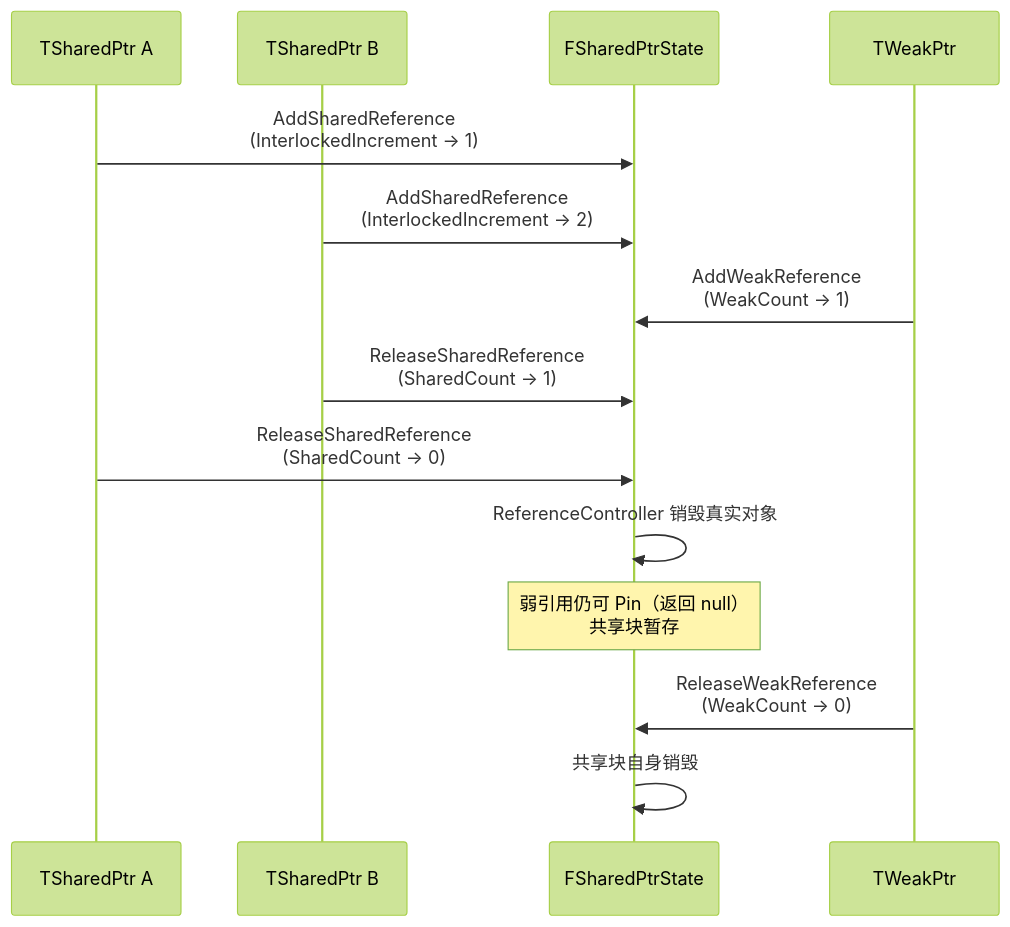
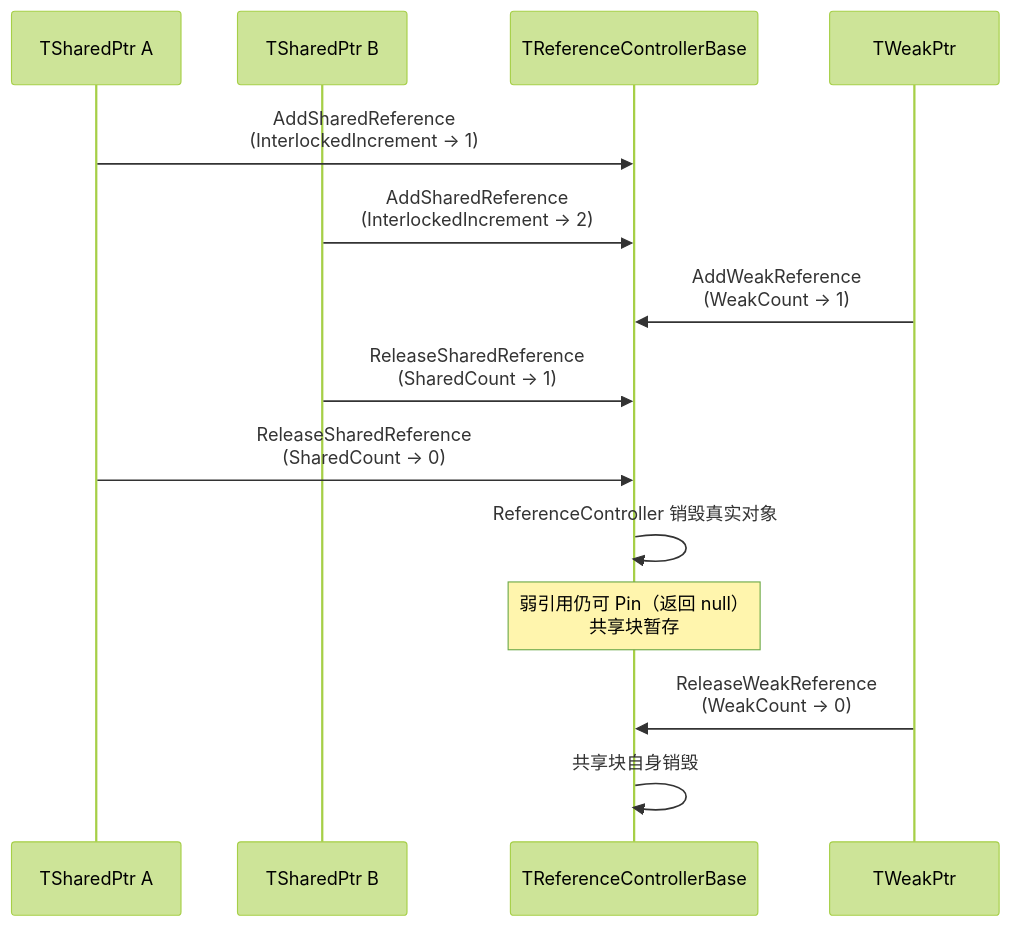
One commit to fantuan812/learning changed the third of 4 diagrams in 游戏知识/12-引擎源码分析/07-容器与内存管理源码.md. Above: the diagram before and after it, drawn with Mermaid (forest theme). The commit also changed other lines of this file and 17 other files, not shown here.

````diff
--- a/游戏知识/12-引擎源码分析/07-容器与内存管理源码.md
+++ b/游戏知识/12-引擎源码分析/07-容器与内存管理源码.md
@@ -533,17 +493,17 @@
 ```mermaid
 sequenceDiagram
     participant A as TSharedPtr A
     participant B as TSharedPtr B
-    participant State as FSharedPtrState
+    participant State as TReferenceControllerBase
     participant W as TWeakPtr
 
     A->>State: AddSharedReference<br/>(InterlockedIncrement → 1)
     B->>State: AddSharedReference<br/>(InterlockedIncrement → 2)
     W->>State: AddWeakReference<br/>(WeakCount → 1)
     B->>State: ReleaseSharedReference<br/>(SharedCount → 1)
     A->>State: ReleaseSharedReference<br/>(SharedCount → 0)
     State->>State: ReferenceController 销毁真实对象
     Note over State: 弱引用仍可 Pin（返回 null）<br/>共享块暂存
     W->>State: ReleaseWeakReference<br/>(WeakCount → 0)
     State->>State: 共享块自身销毁
 ```
````
